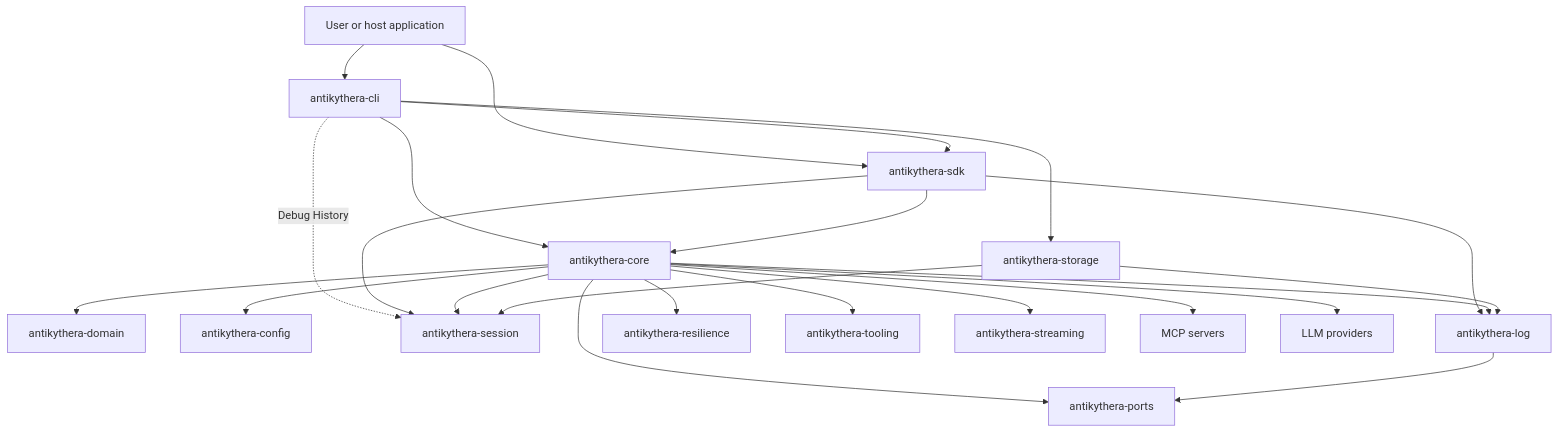
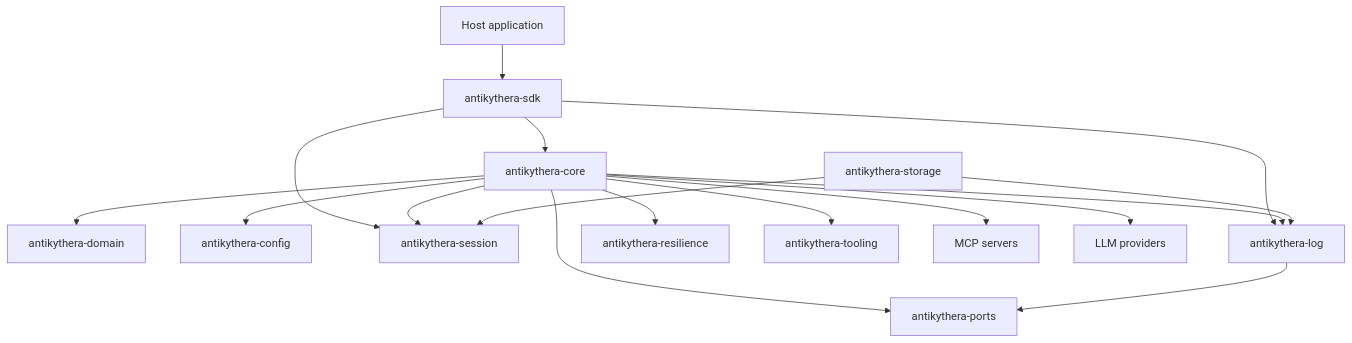
One commit to tsfarizi/antikythera-mcp-framework changed the first of 2 diagrams in documentation/ARCHITECTURE.md. Above: the diagram before and after it, drawn with Mermaid. The commit also changed other lines of this file and 14 other files, not shown here.

````diff
--- a/documentation/ARCHITECTURE.md
+++ b/documentation/ARCHITECTURE.md
@@ -7,41 +7,33 @@
 ```mermaid
 flowchart TD
-    USER[User or host application]
-    CLI[antikythera-cli]
+    USER[Host application]
     SDK[antikythera-sdk]
     CORE[antikythera-core]
     DOMAIN[antikythera-domain]
     PORTS[antikythera-ports]
     CONFIG[antikythera-config]
     SESSION[antikythera-session]
     STORAGE[antikythera-storage]
     LOG[antikythera-log]
     RESILIENCE[antikythera-resilience]
     TOOLING[antikythera-tooling]
-    STREAMING[antikythera-streaming]
     MCP[MCP servers]
     LLM[LLM providers]
 
-    USER --> CLI
     USER --> SDK
-    CLI --> CORE
-    CLI --> SDK
-    CLI --> STORAGE
-    CLI -.->|Debug History| SESSION
     SDK --> CORE
     SDK --> SESSION
     SDK --> LOG
     CORE --> DOMAIN
     CORE --> PORTS
     CORE --> CONFIG
     CORE --> LOG
     CORE --> SESSION
     CORE --> RESILIENCE
     CORE --> TOOLING
-    CORE --> STREAMING
     CORE --> MCP
     CORE --> LLM
     STORAGE --> SESSION
     STORAGE --> LOG
     LOG --> PORTS
 ```
````
